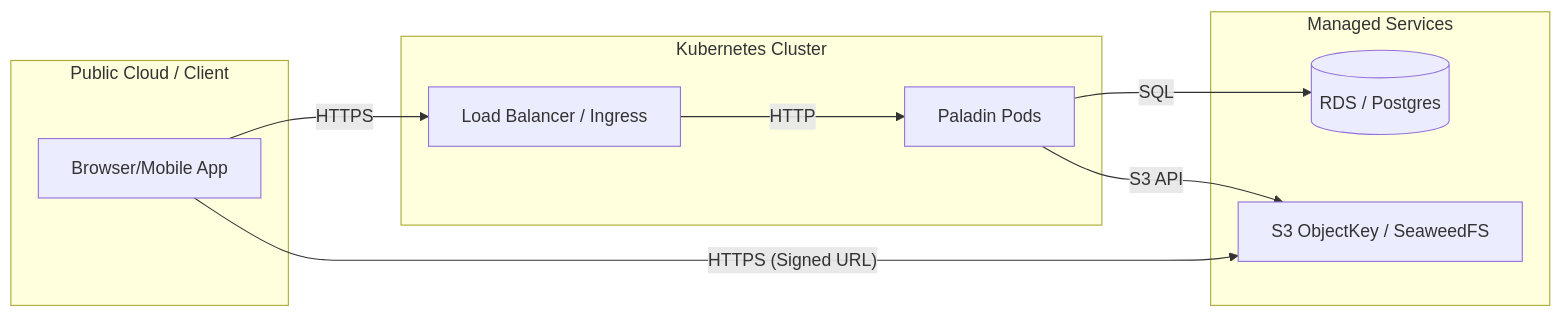
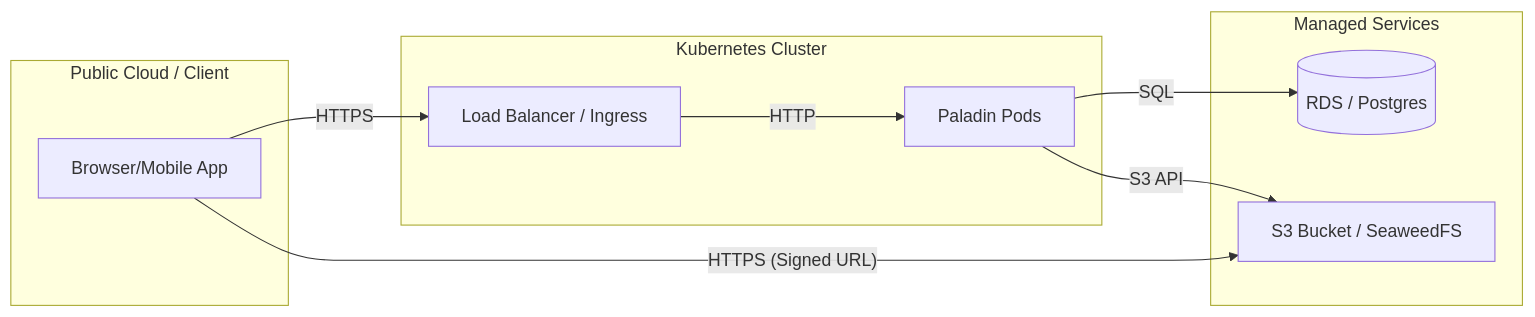
One commit to oleg-tkachuk/paladin changed the fourth of 4 diagrams in backend/docs/diagrams.md. Above: the diagram before and after it, drawn with Mermaid. The commit also changed 21 other files, not shown here.

````diff
--- a/backend/docs/diagrams.md
+++ b/backend/docs/diagrams.md
@@ -62,20 +62,20 @@
 ```mermaid
 graph LR
     subgraph "Public Cloud / Client"
         C["Browser/Mobile App"]
     end
     subgraph "Kubernetes Cluster"
         Paladin["Paladin Pods"]
         LB["Load Balancer / Ingress"]
     end
     subgraph "Managed Services"
         DB[("RDS / Postgres")]
-        S3["S3 ObjectKey / SeaweedFS"]
+        S3["S3 Bucket / SeaweedFS"]
     end
 
     C -- "HTTPS" --> LB
     LB -- "HTTP" --> Paladin
     Paladin -- "SQL" --> DB
     Paladin -- "S3 API" --> S3
     C -- "HTTPS (Signed URL)" --> S3
 ```
````
